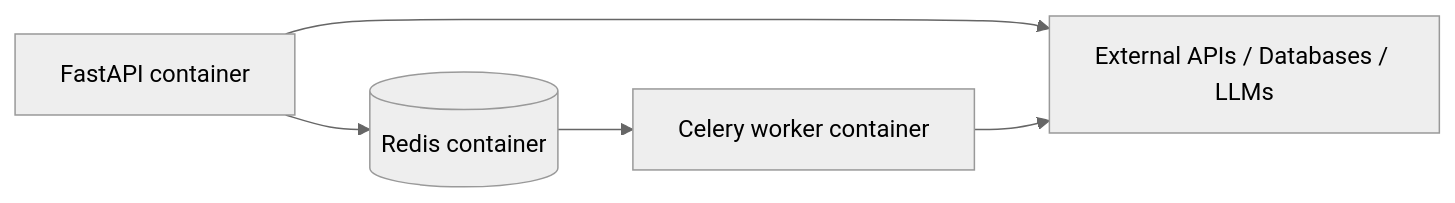
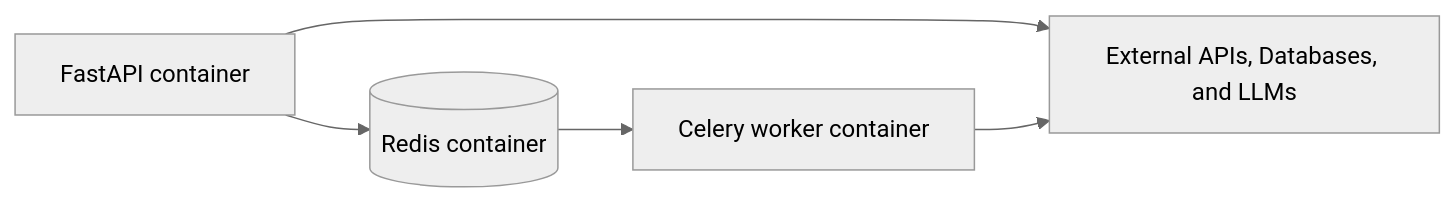
The tenth of 11 diagrams in README.md (RecoMind-Company/RecoMind-AI), drawn with Mermaid (neutral theme) before and after one commit. The commit also changed other lines of this file and 12 other files, not shown here.

````diff
--- a/README.md
+++ b/README.md
@@ -794,7 +824,7 @@
 ```mermaid
 flowchart LR
-    Redis[(Redis container)] --> Worker[Celery worker container]
-    API[FastAPI container] --> Redis
-    API --> External[External APIs / Databases / LLMs]
+    Redis[("Redis container")] --> Worker["Celery worker container"]
+    API["FastAPI container"] --> Redis
+    API --> External["External APIs, Databases, and LLMs"]
     Worker --> External
 ```
````
